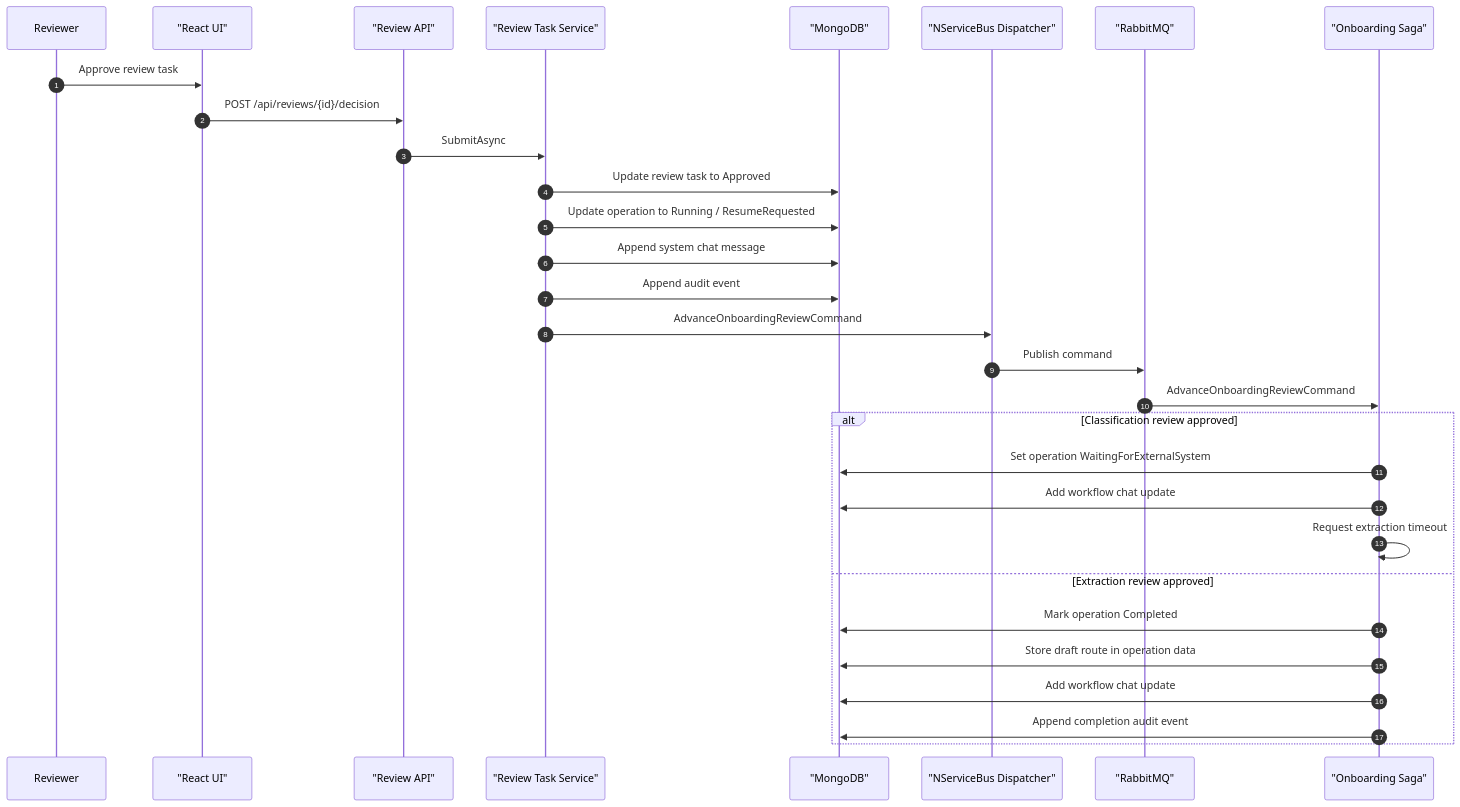
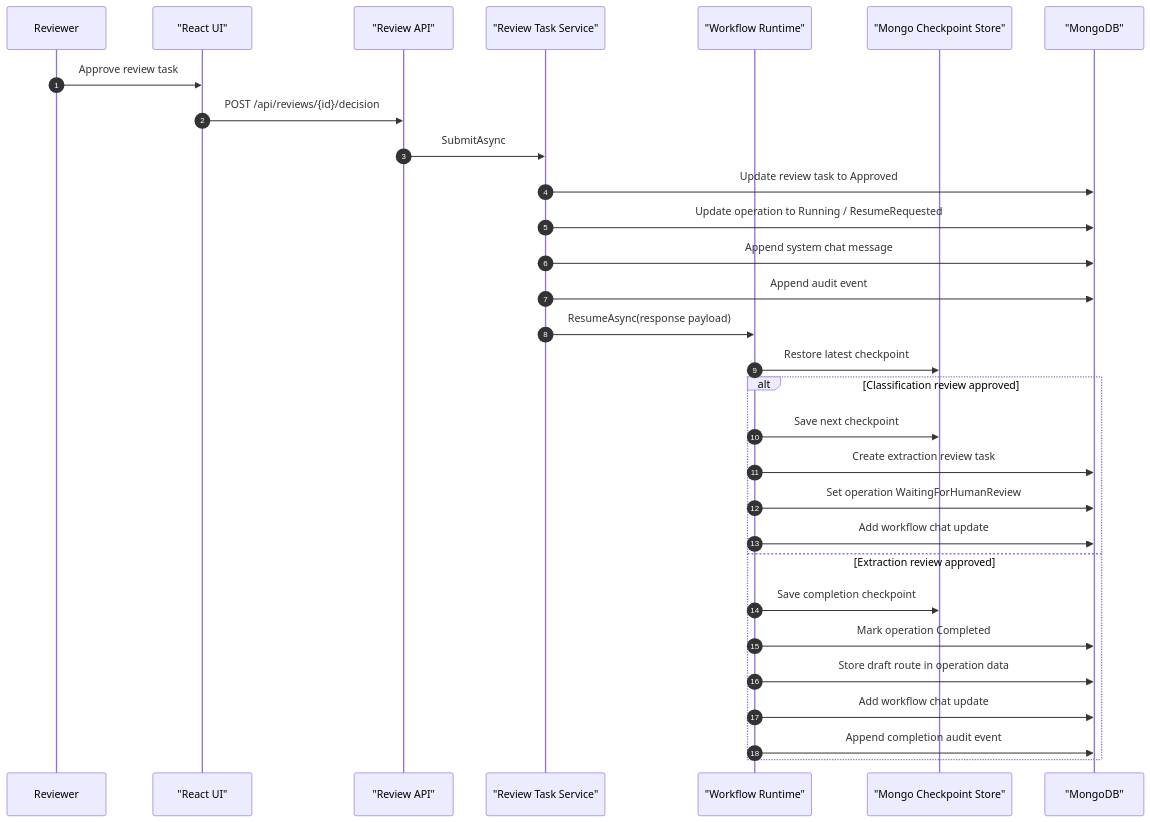
Before and after one commit to naveenpatilcbit/agentic-orchestrator: the seventh of 15 diagrams in docs/system-design.md, drawn with Mermaid. The commit also changed other lines of this file and 30 other files, not shown here.

Commit message:
Replace saga onboarding with workflow runtime

````diff
--- a/docs/system-design.md
+++ b/docs/system-design.md
@@ -509,34 +498,33 @@
 ```mermaid
 sequenceDiagram
     autonumber
     participant U as Reviewer
     participant UI as "React UI"
     participant API as "Review API"
     participant REV as "Review Task Service"
+    participant WF as "Workflow Runtime"
+    participant CP as "Mongo Checkpoint Store"
     participant DB as "MongoDB"
-    participant NSB as "NServiceBus Dispatcher"
-    participant MQ as "RabbitMQ"
-    participant SAGA as "Onboarding Saga"
 
     U->>UI: Approve review task
     UI->>API: POST /api/reviews/{id}/decision
     API->>REV: SubmitAsync
     REV->>DB: Update review task to Approved
     REV->>DB: Update operation to Running / ResumeRequested
     REV->>DB: Append system chat message
     REV->>DB: Append audit event
-    REV->>NSB: AdvanceOnboardingReviewCommand
-    NSB->>MQ: Publish command
-
-    MQ->>SAGA: AdvanceOnboardingReviewCommand
+    REV->>WF: ResumeAsync(response payload)
+    WF->>CP: Restore latest checkpoint
     alt Classification review approved
-        SAGA->>DB: Set operation WaitingForExternalSystem
-        SAGA->>DB: Add workflow chat update
-        SAGA->>SAGA: Request extraction timeout
+        WF->>CP: Save next checkpoint
+        WF->>DB: Create extraction review task
+        WF->>DB: Set operation WaitingForHumanReview
+        WF->>DB: Add workflow chat update
     else Extraction review approved
-        SAGA->>DB: Mark operation Completed
-        SAGA->>DB: Store draft route in operation data
-        SAGA->>DB: Add workflow chat update
-        SAGA->>DB: Append completion audit event
+        WF->>CP: Save completion checkpoint
+        WF->>DB: Mark operation Completed
+        WF->>DB: Store draft route in operation data
+        WF->>DB: Add workflow chat update
+        WF->>DB: Append completion audit event
     end
 ```
````
